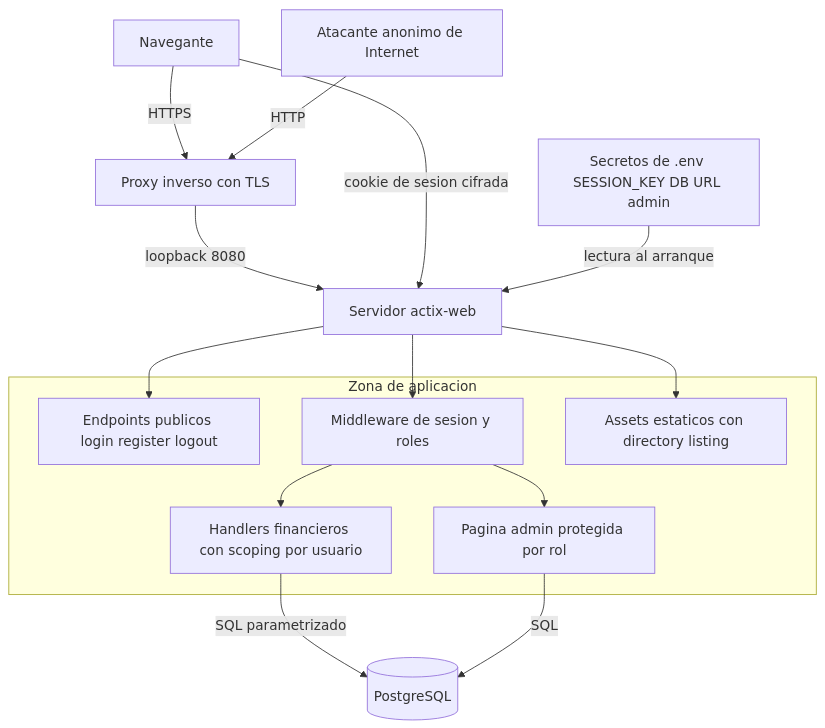
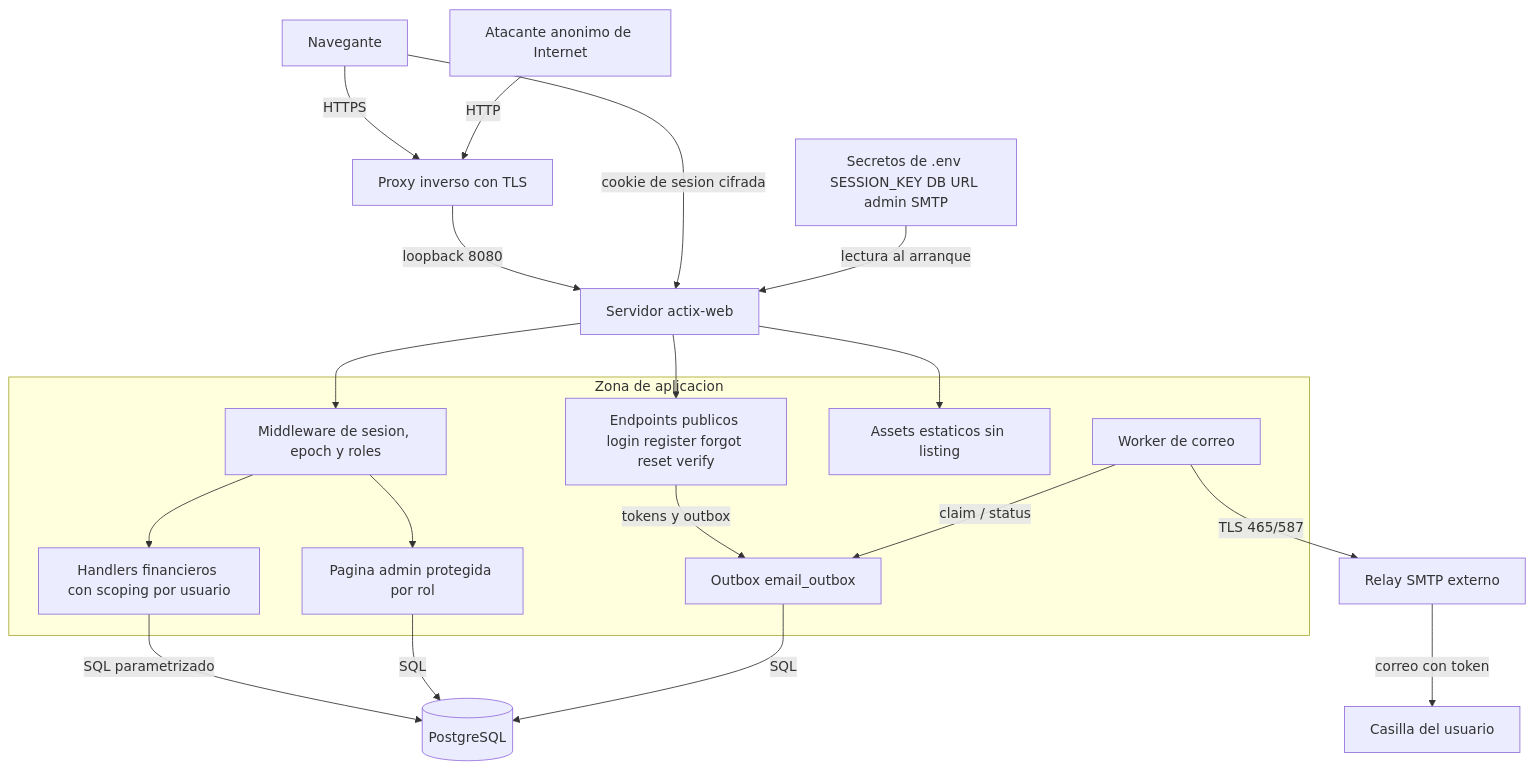
One commit to viejo27/rfinance changed the diagram in rfinance_app-threat-model.md. Above: the diagram before and after it, drawn with Mermaid. The commit also changed other lines of this file and 8 other files, not shown here.

````diff
--- a/rfinance_app-threat-model.md
+++ b/rfinance_app-threat-model.md
@@ -117,22 +151,29 @@
 ```mermaid
 flowchart TD
     A["Navegante"] -->|HTTPS| P["Proxy inverso con TLS"]
     B["Atacante anonimo de Internet"] -->|HTTP| P
     P -->|loopback 8080| APP["Servidor actix-web"]
     A -->|cookie de sesion cifrada| APP
     subgraph Z["Zona de aplicacion"]
-        PUB["Endpoints publicos login register logout"]
-        MW["Middleware de sesion y roles"]
+        PUB["Endpoints publicos login register forgot reset verify"]
+        MW["Middleware de sesion, epoch y roles"]
         DOM["Handlers financieros con scoping por usuario"]
         ADM["Pagina admin protegida por rol"]
-        STATIC["Assets estaticos con directory listing"]
+        STATIC["Assets estaticos sin listing"]
+        OUT["Outbox email_outbox"]
+        WRK["Worker de correo"]
     end
     APP --> PUB
     APP --> MW
     MW --> DOM
     MW --> ADM
     APP --> STATIC
+    PUB -->|tokens y outbox| OUT
     DOM -->|SQL parametrizado| DB[("PostgreSQL")]
     ADM -->|SQL| DB
-    ENV["Secretos de .env SESSION_KEY DB URL admin"] -->|lectura al arranque| APP
+    OUT -->|SQL| DB
+    WRK -->|claim / status| OUT
+    WRK -->|TLS 465/587| SMTP["Relay SMTP externo"]
+    SMTP -->|correo con token| INBOX["Casilla del usuario"]
+    ENV["Secretos de .env SESSION_KEY DB URL admin SMTP"] -->|lectura al arranque| APP
 ```
````
